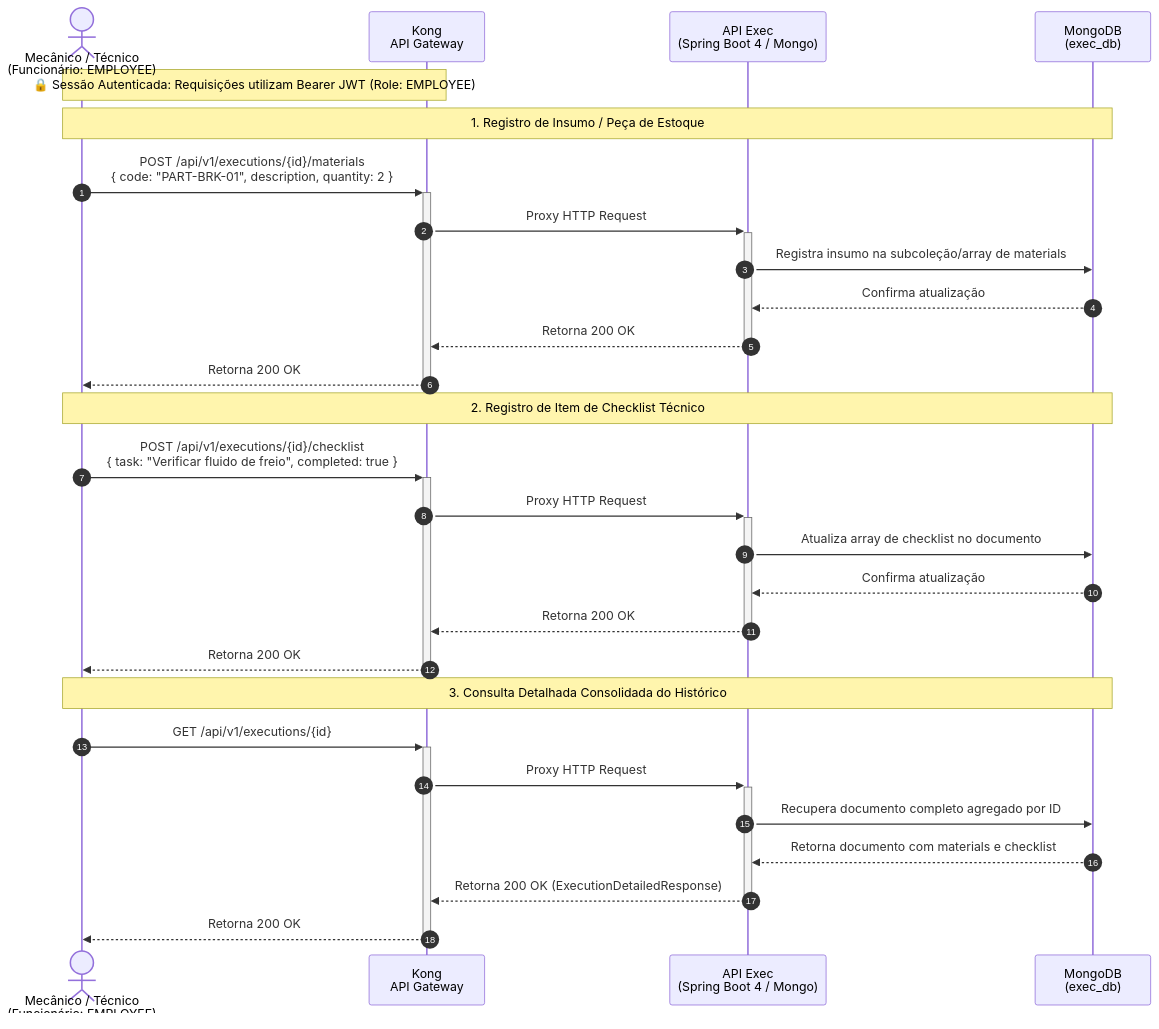
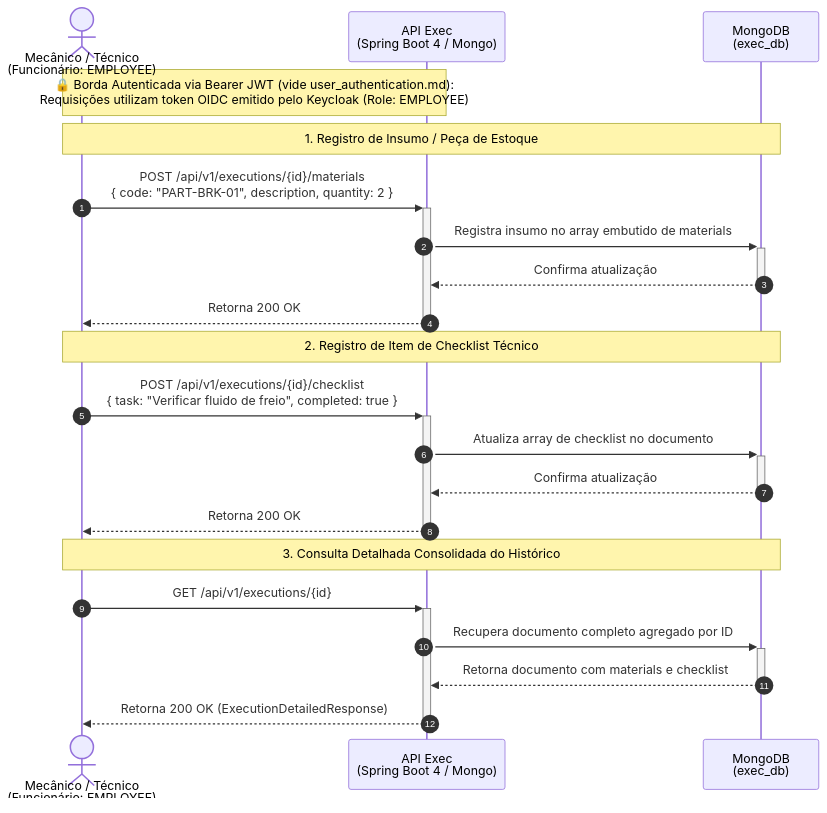
The diagram in src/test/resources/features/exec/materials_and_checklist.md (rodsordi/15soat-phase4-e2e), drawn with Mermaid before and after one commit. The commit also changed other lines of this file and 90 other files, not shown here.

````diff
--- a/src/test/resources/features/exec/materials_and_checklist.md
+++ b/src/test/resources/features/exec/materials_and_checklist.md
@@ -16,37 +22,30 @@
 ```mermaid
 sequenceDiagram
     autonumber
     actor Mecanico as Mecânico / Técnico<br/>(Funcionário: EMPLOYEE)
-    participant Kong as Kong<br/>API Gateway
     participant Exec as API Exec<br/>(Spring Boot 4 / Mongo)
     participant Mongo as MongoDB<br/>(exec_db)
 
-    Note over Mecanico,Kong: 🔒 Sessão Autenticada: Requisições utilizam Bearer JWT (Role: EMPLOYEE)
+    Note over Mecanico,Exec: 🔒 Borda Autenticada via Bearer JWT (vide user_authentication.md):<br/>Requisições utilizam token OIDC emitido pelo Keycloak (Role: EMPLOYEE)
 
     %% Lançamento de Material
     Note over Mecanico,Mongo: 1. Registro de Insumo / Peça de Estoque
-    Mecanico->>+Kong: POST /api/v1/executions/{id}/materials<br/>{ code: "PART-BRK-01", description, quantity: 2 }
-    Kong->>+Exec: Proxy HTTP Request
-    Exec->>Mongo: Registra insumo na subcoleção/array de materials
-    Mongo-->>Exec: Confirma atualização
-    Exec-->>-Kong: Retorna 200 OK
-    Kong-->>-Mecanico: Retorna 200 OK
+    Mecanico->>+Exec: POST /api/v1/executions/{id}/materials<br/>{ code: "PART-BRK-01", description, quantity: 2 }
+    Exec->>+Mongo: Registra insumo no array embutido de materials
+    Mongo-->>-Exec: Confirma atualização
+    Exec-->>-Mecanico: Retorna 200 OK
 
     %% Preenchimento de Checklist
     Note over Mecanico,Mongo: 2. Registro de Item de Checklist Técnico
-    Mecanico->>+Kong: POST /api/v1/executions/{id}/checklist<br/>{ task: "Verificar fluido de freio", completed: true }
-    Kong->>+Exec: Proxy HTTP Request
-    Exec->>Mongo: Atualiza array de checklist no documento
-    Mongo-->>Exec: Confirma atualização
-    Exec-->>-Kong: Retorna 200 OK
-    Kong-->>-Mecanico: Retorna 200 OK
+    Mecanico->>+Exec: POST /api/v1/executions/{id}/checklist<br/>{ task: "Verificar fluido de freio", completed: true }
+    Exec->>+Mongo: Atualiza array de checklist no documento
+    Mongo-->>-Exec: Confirma atualização
+    Exec-->>-Mecanico: Retorna 200 OK
 
     %% Consulta Consolidada
     Note over Mecanico,Mongo: 3. Consulta Detalhada Consolidada do Histórico
-    Mecanico->>+Kong: GET /api/v1/executions/{id}
-    Kong->>+Exec: Proxy HTTP Request
-    Exec->>Mongo: Recupera documento completo agregado por ID
-    Mongo-->>Exec: Retorna documento com materials e checklist
-    Exec-->>-Kong: Retorna 200 OK (ExecutionDetailedResponse)
-    Kong-->>-Mecanico: Retorna 200 OK
+    Mecanico->>+Exec: GET /api/v1/executions/{id}
+    Exec->>+Mongo: Recupera documento completo agregado por ID
+    Mongo-->>-Exec: Retorna documento com materials e checklist
+    Exec-->>-Mecanico: Retorna 200 OK (ExecutionDetailedResponse)
 ```
````
